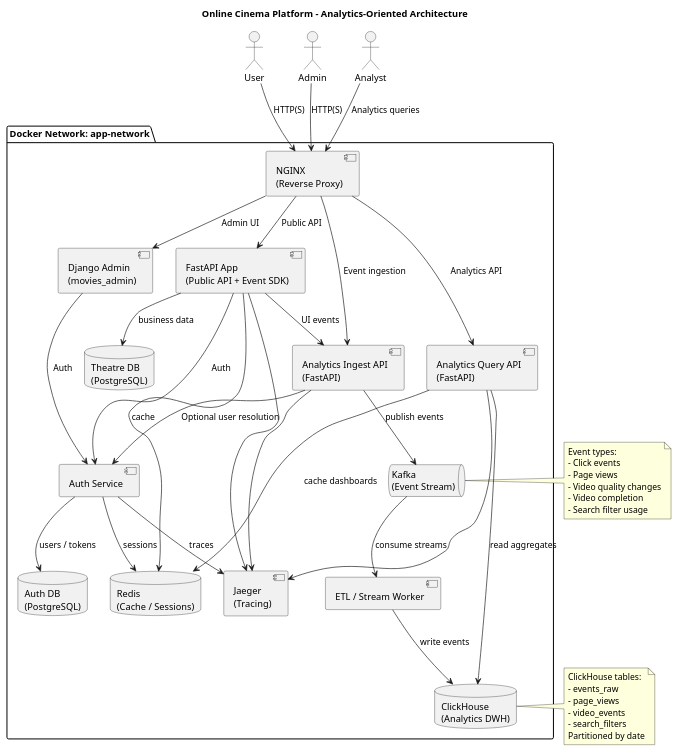
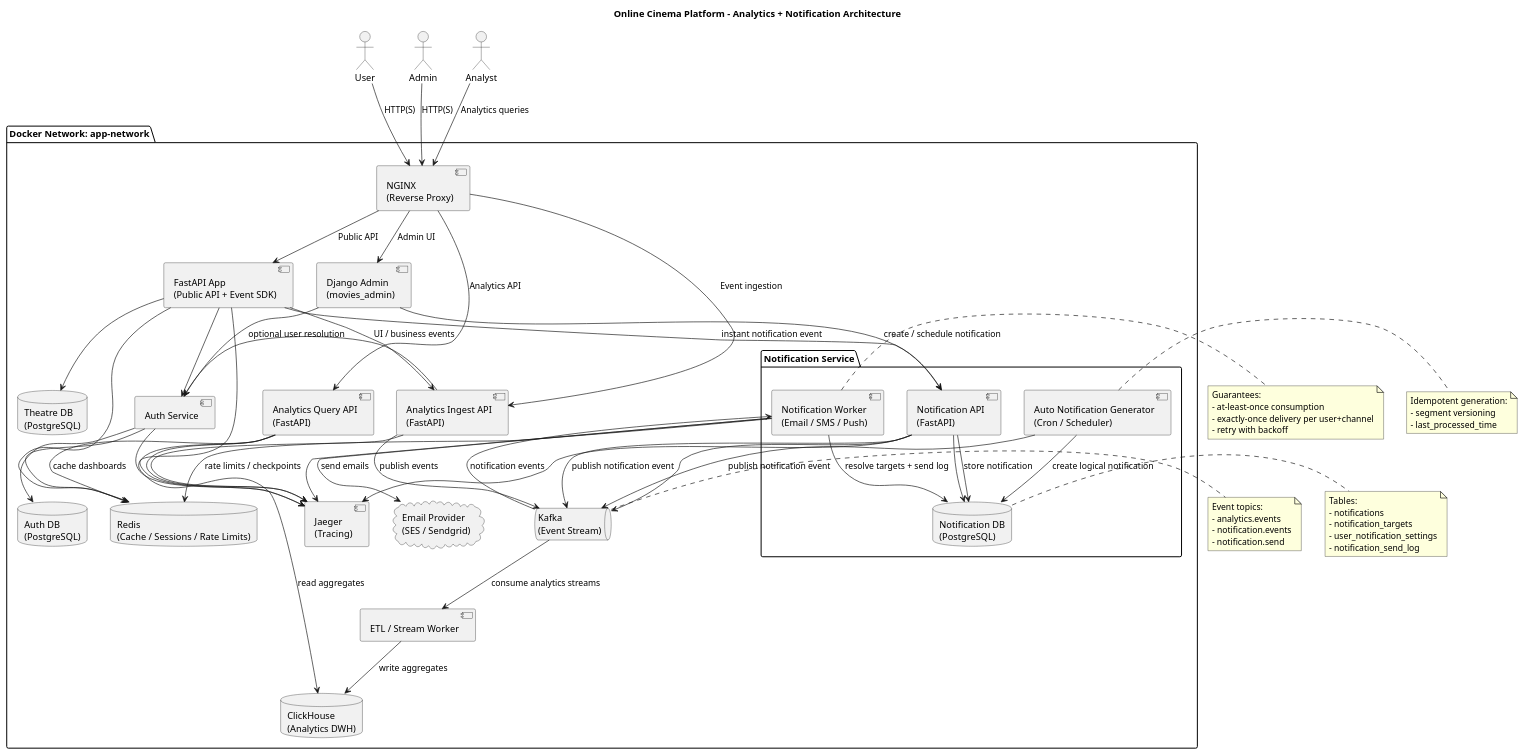
Before and after one commit to eabuntov/notifications_sprint_1: the diagram in to_be_architecture.puml, drawn with PlantUML.

Commit message:
Architecture change with notifications

```diff
--- a/to_be_architecture.puml
+++ b/to_be_architecture.puml
@@ -1,92 +1,141 @@
 @startuml
-
-
-title Online Cinema Platform – Analytics-Oriented Architecture
+title Online Cinema Platform – Analytics + Notification Architecture
 
 top to bottom direction
 
 actor User
 actor Admin
 actor Analyst
 
 package "Docker Network: app-network" {
 
   component "NGINX\n(Reverse Proxy)" as nginx
 
   together {
     component "Django Admin\n(movies_admin)" as django
     component "FastAPI App\n(Public API + Event SDK)" as fastapi
   }
 
   together {
     component "Analytics Ingest API\n(FastAPI)" as ingest
     component "Analytics Query API\n(FastAPI)" as analytics_api
   }
 
   component "Auth Service" as auth
   component "ETL / Stream Worker" as etl
 
   queue "Kafka\n(Event Stream)" as kafka
 
   database "ClickHouse\n(Analytics DWH)" as ch
   database "Theatre DB\n(PostgreSQL)" as theatre_db
   database "Auth DB\n(PostgreSQL)" as auth_db
-  database "Redis\n(Cache / Sessions)" as redis
+  database "Redis\n(Cache / Sessions / Rate Limits)" as redis
 
   component "Jaeger\n(Tracing)" as jaeger
+
+  ' ===== Notification Service =====
+  package "Notification Service" {
+
+    component "Notification API\n(FastAPI)" as notif_api
+    component "Notification Worker\n(Email / SMS / Push)" as notif_worker
+    component "Auto Notification Generator\n(Cron / Scheduler)" as notif_gen
+
+    database "Notification DB\n(PostgreSQL)" as notif_db
+  }
+
+  ' ===== External Providers =====
+  cloud "Email Provider\n(SES / Sendgrid)" as email_provider
 }
 
+' ===== User traffic =====
 User --> nginx : HTTP(S)
 Admin --> nginx : HTTP(S)
 Analyst --> nginx : Analytics queries
 
 nginx --> django : Admin UI
 nginx --> fastapi : Public API
 nginx --> ingest : Event ingestion
 nginx --> analytics_api : Analytics API
 
-django --> auth : Auth
-fastapi --> auth : Auth
-ingest --> auth : Optional user resolution
+' ===== Auth =====
+django --> auth
+fastapi --> auth
+ingest --> auth : optional user resolution
 
-auth --> auth_db : users / tokens
-auth --> redis : sessions
-auth --> jaeger : traces
+auth --> auth_db
+auth --> redis
+auth --> jaeger
 
-fastapi --> theatre_db : business data
-fastapi --> redis : cache
+' ===== Core business =====
+fastapi --> theatre_db
+fastapi --> redis
 
 ' ===== Analytics pipeline =====
-fastapi --> ingest : UI events
+fastapi --> ingest : UI / business events
 ingest --> kafka : publish events
 
-kafka --> etl : consume streams
-etl --> ch : write events
+kafka --> etl : consume analytics streams
+etl --> ch : write aggregates
 
 analytics_api --> ch : read aggregates
 analytics_api --> redis : cache dashboards
+
+' ===== Notification flows =====
+
+' Instant notifications
+fastapi --> notif_api : instant notification event
+notif_api --> notif_db : store notification
+notif_api --> kafka : publish notification event
+
+' Admin-created notifications
+django --> notif_api : create / schedule notification
+notif_api --> notif_db
+notif_api --> kafka
+
+' Automatic notifications
+notif_gen --> notif_db : create logical notification
+notif_gen --> kafka : publish notification event
+
+' Worker processing
+kafka --> notif_worker : notification events
+notif_worker --> notif_db : resolve targets + send log
+notif_worker --> redis : rate limits / checkpoints
+notif_worker --> email_provider : send emails
 
 ' ===== Observability =====
 fastapi --> jaeger
 ingest --> jaeger
 analytics_api --> jaeger
+notif_api --> jaeger
+notif_worker --> jaeger
 
+' ===== Notes =====
 note right of kafka
-Event types:
-- Click events
-- Page views
-- Video quality changes
-- Video completion
-- Search filter usage
+Event topics:
+- analytics.events
+- notification.events
+- notification.send
 end note
 
-note right of ch
-ClickHouse tables:
-- events_raw
-- page_views
-- video_events
-- search_filters
-Partitioned by date
+note right of notif_db
+Tables:
+- notifications
+- notification_targets
+- user_notification_settings
+- notification_send_log
+end note
+
+note right of notif_worker
+Guarantees:
+- at-least-once consumption
+- exactly-once delivery per user+channel
+- retry with backoff
+end note
+
+note right of notif_gen
+Idempotent generation:
+- segment versioning
+- last_processed_time
 end note
 
 @enduml
```
